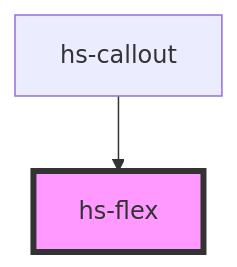
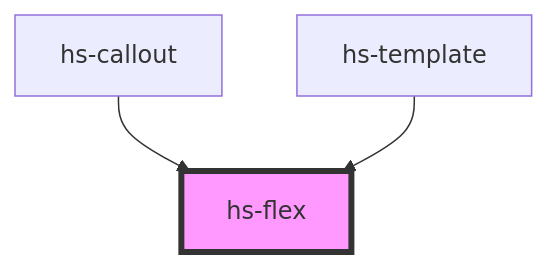
One commit to FrahOrru/design-system-fender changed the diagram in src/components/hs-flex/readme.md. Above: the diagram before and after it, drawn with Mermaid. The commit also changed other lines of this file and 17 other files, not shown here.

````diff
--- a/src/components/hs-flex/readme.md
+++ b/src/components/hs-flex/readme.md
@@ -26,5 +27,6 @@
 ```mermaid
 graph TD;
   hs-callout --> hs-flex
+  hs-template --> hs-flex
   style hs-flex fill:#f9f,stroke:#333,stroke-width:4px
 ```
````
